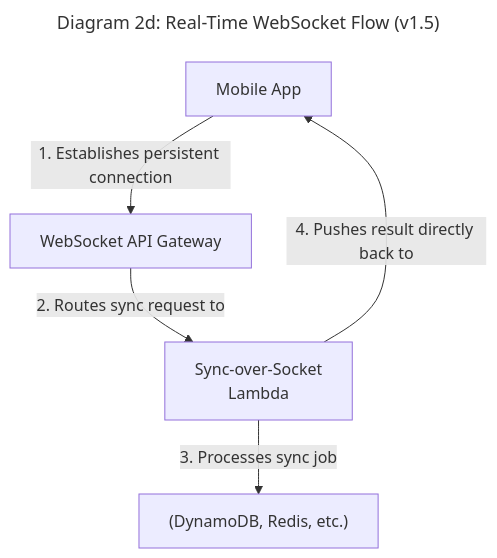
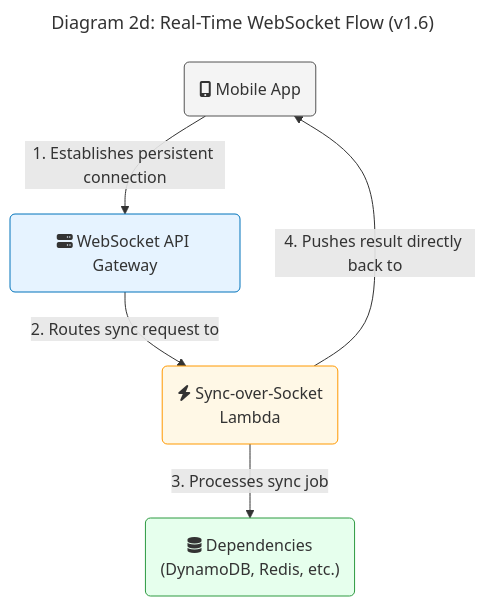
One commit to dino10bit/healthsync changed the ninth of 15 diagrams in docs/architecture/06-technical-architecture.md. Above: the diagram before and after it, drawn with Mermaid. The commit also changed other lines of this file, not shown here.

First line of the commit message:
Enhance diagrams with professional styling and icons

````diff
--- a/docs/architecture/06-technical-architecture.md
+++ b/docs/architecture/06-technical-architecture.md
@@ -1208,10 +1268,28 @@
 ```mermaid
 ---
-title: "Diagram 2d: Real-Time WebSocket Flow (v1.5)"
+title: "Diagram 2d: Real-Time WebSocket Flow (v1.6)"
 ---
 graph TB
-    MobileApp[Mobile App] -- "1. Establishes persistent connection" --> WebSocketApi[WebSocket API Gateway]
-    WebSocketApi -- "2. Routes sync request to" --> SyncOverSocketLambda["Sync-over-Socket<br>Lambda"]
-    SyncOverSocketLambda -- "3. Processes sync job" --> Dependencies["(DynamoDB, Redis, etc.)"]
+    %% Define Styles
+    classDef compute fill:#fff8e6,stroke:#ff9900;
+    classDef external fill:#f4f4f4,stroke:#525252;
+    classDef ingress fill:#e6f3ff,stroke:#0073bb;
+    classDef datastore fill:#e6ffed,stroke:#2d9a41;
+
+    MobileApp("`fa:fa-mobile-alt Mobile App`")
+    WebSocketApi("`fa:fa-server WebSocket API Gateway`")
+    SyncOverSocketLambda("`fa:fa-bolt Sync-over-Socket<br>Lambda`")
+    Dependencies("`fa:fa-database Dependencies<br>(DynamoDB, Redis, etc.)`")
+
+    %% Connections
+    MobileApp -- "1. Establishes persistent connection" --> WebSocketApi
+    WebSocketApi -- "2. Routes sync request to" --> SyncOverSocketLambda
+    SyncOverSocketLambda -- "3. Processes sync job" --> Dependencies
     SyncOverSocketLambda -- "4. Pushes result directly back to" --> MobileApp
+
+    %% Apply Styles
+    class MobileApp external;
+    class WebSocketApi ingress;
+    class SyncOverSocketLambda compute;
+    class Dependencies datastore;
 ```
````
